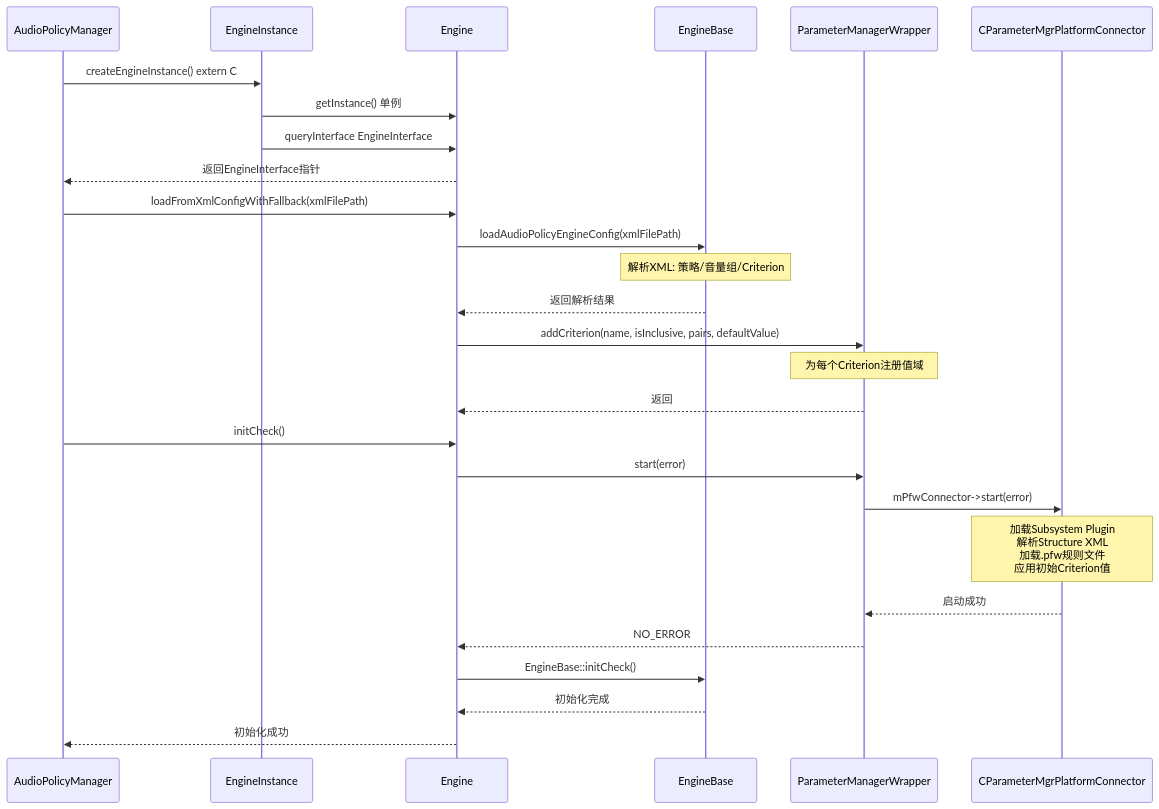
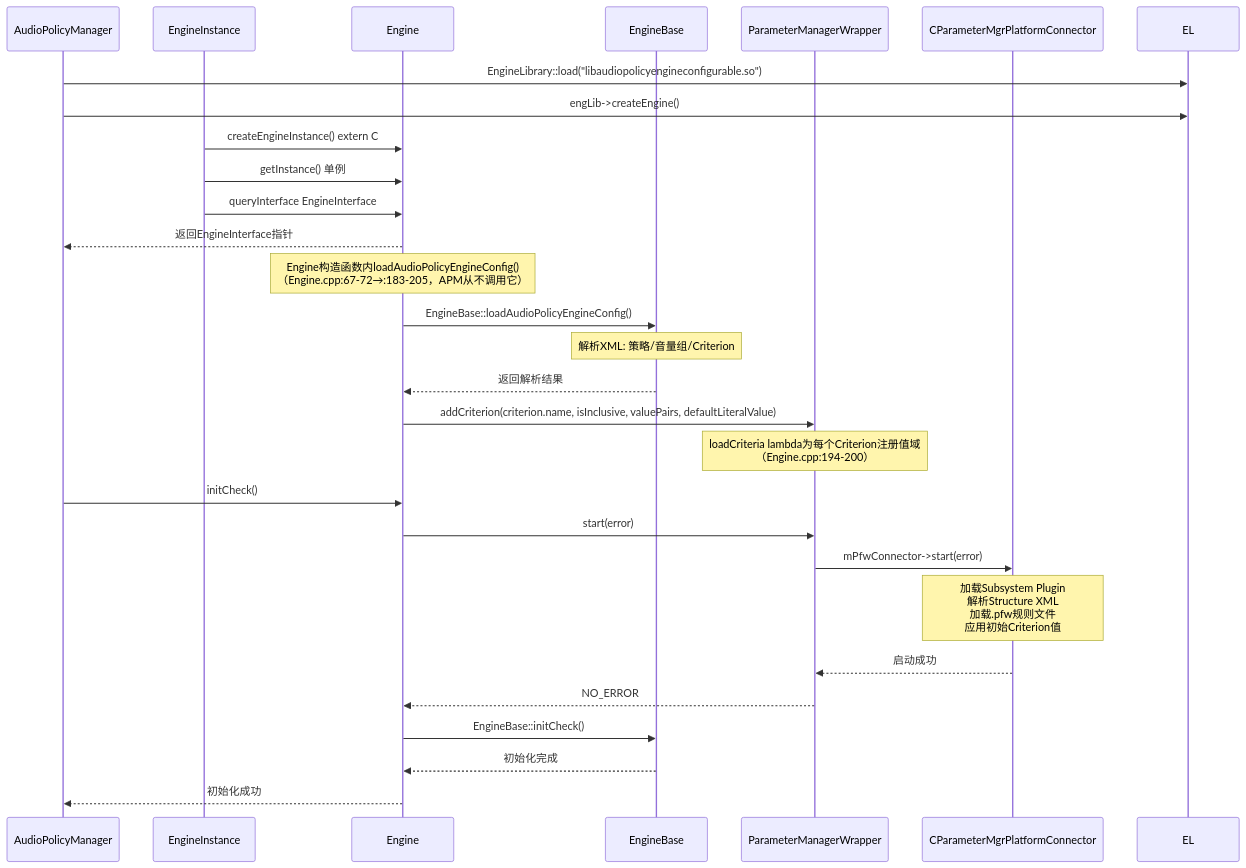
One commit to yanglinzhen1022/SA8295_AAOS_QNX_Audio_KnowledgeBase changed the fourth of 6 diagrams in 06_Audio_Policy_Engine/06_6.10_EngineConfigurable-Parameter_Framework可配置引擎.md. Above: the diagram before and after it, drawn with Mermaid. The commit also changed other lines of this file and 11 other files, not shown here.

````diff
--- a/06_Audio_Policy_Engine/06_6.10_EngineConfigurable-Parameter_Framework可配置引擎.md
+++ b/06_Audio_Policy_Engine/06_6.10_EngineConfigurable-Parameter_Framework可配置引擎.md
@@ -390,32 +379,33 @@
 ```mermaid
 sequenceDiagram
     participant APM as AudioPolicyManager
     participant EI as EngineInstance
     participant ENG as Engine
     participant EB as EngineBase
     participant PMW as ParameterManagerWrapper
     participant PFW as CParameterMgrPlatformConnector
 
-    APM->>EI: createEngineInstance() extern C
+    APM->>EL: EngineLibrary::load("libaudiopolicyengineconfigurable.so")
+    APM->>EL: engLib->createEngine()
+    EI->>ENG: createEngineInstance() extern C
     EI->>ENG: getInstance() 单例
     EI->>ENG: queryInterface EngineInterface
     ENG-->>APM: 返回EngineInterface指针
 
-    APM->>ENG: loadFromXmlConfigWithFallback(xmlFilePath)
-    ENG->>EB: loadAudioPolicyEngineConfig(xmlFilePath)
+    Note over ENG: Engine构造函数内loadAudioPolicyEngineConfig()<br>（Engine.cpp:67-72→:183-205，APM从不调用它）
+    ENG->>EB: EngineBase::loadAudioPolicyEngineConfig()
     Note over EB: 解析XML: 策略/音量组/Criterion
     EB-->>ENG: 返回解析结果
-    ENG->>PMW: addCriterion(name, isInclusive, pairs, defaultValue)
-    Note over PMW: 为每个Criterion注册值域
-    PMW-->>ENG: 返回
+    ENG->>PMW: addCriterion(criterion.name, isInclusive, valuePairs, defaultLiteralValue)
+    Note over PMW: loadCriteria lambda为每个Criterion注册值域<br>（Engine.cpp:194-200）
 
     APM->>ENG: initCheck()
     ENG->>PMW: start(error)
     PMW->>PFW: mPfwConnector->start(error)
     Note over PFW: 加载Subsystem Plugin<br>解析Structure XML<br>加载.pfw规则文件<br>应用初始Criterion值
     PFW-->>PMW: 启动成功
     PMW-->>ENG: NO_ERROR
     ENG->>EB: EngineBase::initCheck()
     EB-->>ENG: 初始化完成
     ENG-->>APM: 初始化成功
 ```
````
